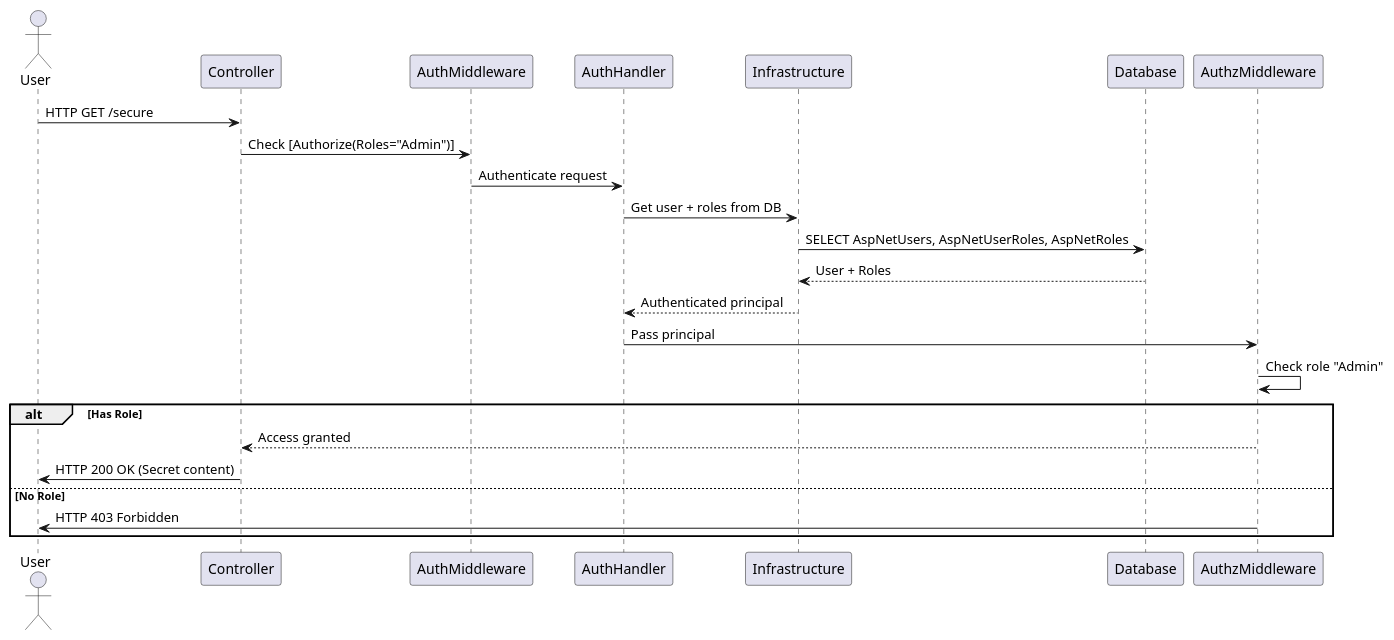
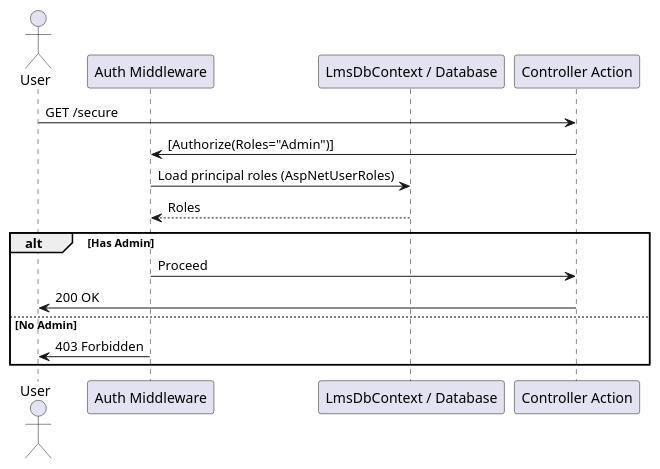
Before and after one commit to SokKimThanh/LmsMini: the fourth of 5 diagrams in LmsMini.Api/docs/identity/Identity_Step_by_Step.md, drawn with PlantUML. The commit also changed other lines of this file and 1 other file, not shown here.

````diff
--- a/LmsMini.Api/docs/identity/Identity_Step_by_Step.md
+++ b/LmsMini.Api/docs/identity/Identity_Step_by_Step.md
@@ -370,20 +309,19 @@
 ```plantuml
 @startuml
 actor User
-User -> Controller : HTTP GET /secure
-Controller -> AuthMiddleware : Check [Authorize(Roles="Admin")]
-AuthMiddleware -> AuthHandler : Authenticate request
-AuthHandler -> Infrastructure : Get user + roles from DB
-Infrastructure -> Database : SELECT AspNetUsers, AspNetUserRoles, AspNetRoles
-Database --> Infrastructure : User + Roles
-Infrastructure --> AuthHandler : Authenticated principal
-AuthHandler -> AuthzMiddleware : Pass principal
-AuthzMiddleware -> AuthzMiddleware : Check role "Admin"
-alt Has Role
-    AuthzMiddleware --> Controller : Access granted
-    Controller -> User : HTTP 200 OK (Secret content)
-else No Role
-    AuthzMiddleware -> User : HTTP 403 Forbidden
+participant Middleware as "Auth Middleware"
+participant DB as "LmsDbContext / Database"
+participant Controller as "Controller Action"
+
+User -> Controller : GET /secure
+Controller -> Middleware : [Authorize(Roles="Admin")]
+Middleware -> DB : Load principal roles (AspNetUserRoles)
+DB --> Middleware : Roles
+alt Has Admin
+  Middleware -> Controller : Proceed
+  Controller -> User : 200 OK
+else No Admin
+  Middleware -> User : 403 Forbidden
 end
 @enduml
 ```
````
